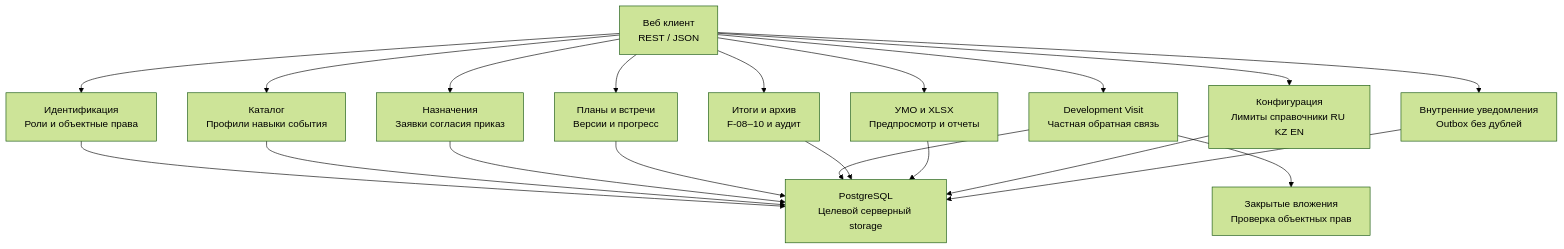
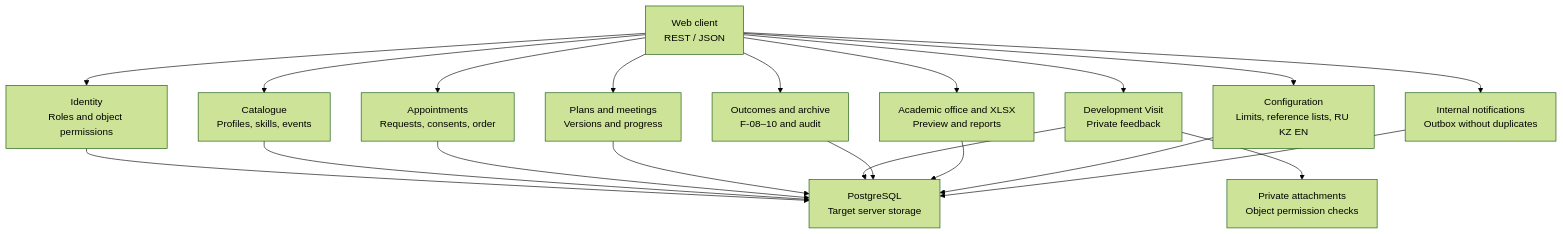
The diagram in docs/diagrams/source/components.mmd (krna-tul/Diploma_Project_TulegenovaKM), drawn with Mermaid (forest theme) before and after one commit. The commit also changed 30 other files, not shown here.

```diff
--- a/docs/diagrams/source/components.mmd
+++ b/docs/diagrams/source/components.mmd
@@ -1,32 +1,32 @@
 flowchart TB
-  n0["Веб клиент<br/>REST / JSON"]
-  n1["Идентификация<br/>Роли и объектные права"]
-  n2["Каталог<br/>Профили навыки события"]
-  n3["Назначения<br/>Заявки согласия приказ"]
-  n4["Планы и встречи<br/>Версии и прогресс"]
-  n5["Development Visit<br/>Частная обратная связь"]
-  n6["Итоги и архив<br/>F-08–10 и аудит"]
-  n7["PostgreSQL<br/>Целевой серверный storage"]
+  n0["Web client<br/>REST / JSON"]
+  n1["Identity<br/>Roles and object permissions"]
+  n2["Catalogue<br/>Profiles, skills, events"]
+  n3["Appointments<br/>Requests, consents, order"]
+  n4["Plans and meetings<br/>Versions and progress"]
+  n5["Development Visit<br/>Private feedback"]
+  n6["Outcomes and archive<br/>F-08–10 and audit"]
+  n7["PostgreSQL<br/>Target server storage"]
   n0 --> n1
   n0 --> n2
   n0 --> n3
   n0 --> n4
   n0 --> n5
   n0 --> n6
   n1 --> n7
   n2 --> n7
   n3 --> n7
   n4 --> n7
   n5 --> n7
   n6 --> n7
-  n8["УМО и XLSX<br/>Предпросмотр и отчеты"]
-  n9["Конфигурация<br/>Лимиты справочники RU KZ EN"]
-  n10["Внутренние уведомления<br/>Outbox без дублей"]
-  n11["Закрытые вложения<br/>Проверка объектных прав"]
+  n8["Academic office and XLSX<br/>Preview and reports"]
+  n9["Configuration<br/>Limits, reference lists, RU KZ EN"]
+  n10["Internal notifications<br/>Outbox without duplicates"]
+  n11["Private attachments<br/>Object permission checks"]
   n0 --> n8
   n0 --> n9
   n0 --> n10
   n8 --> n7
   n9 --> n7
   n10 --> n7
   n5 --> n11
```
